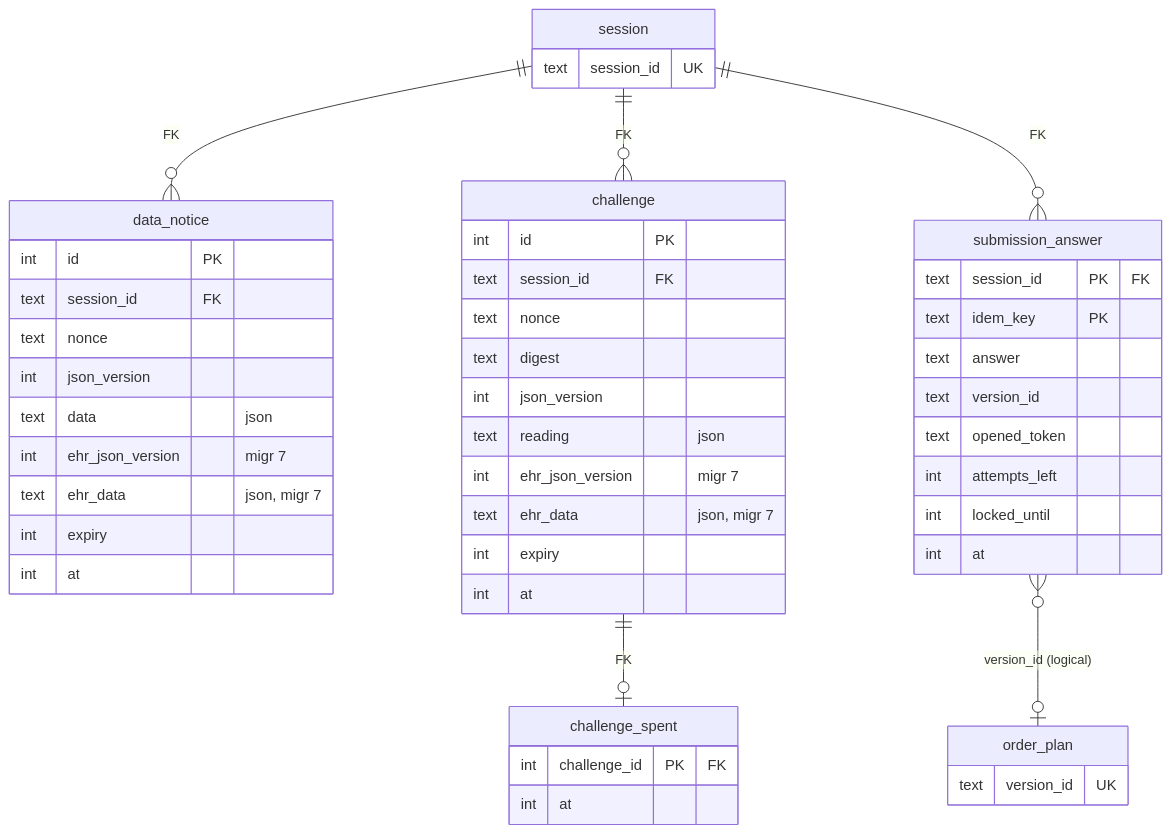
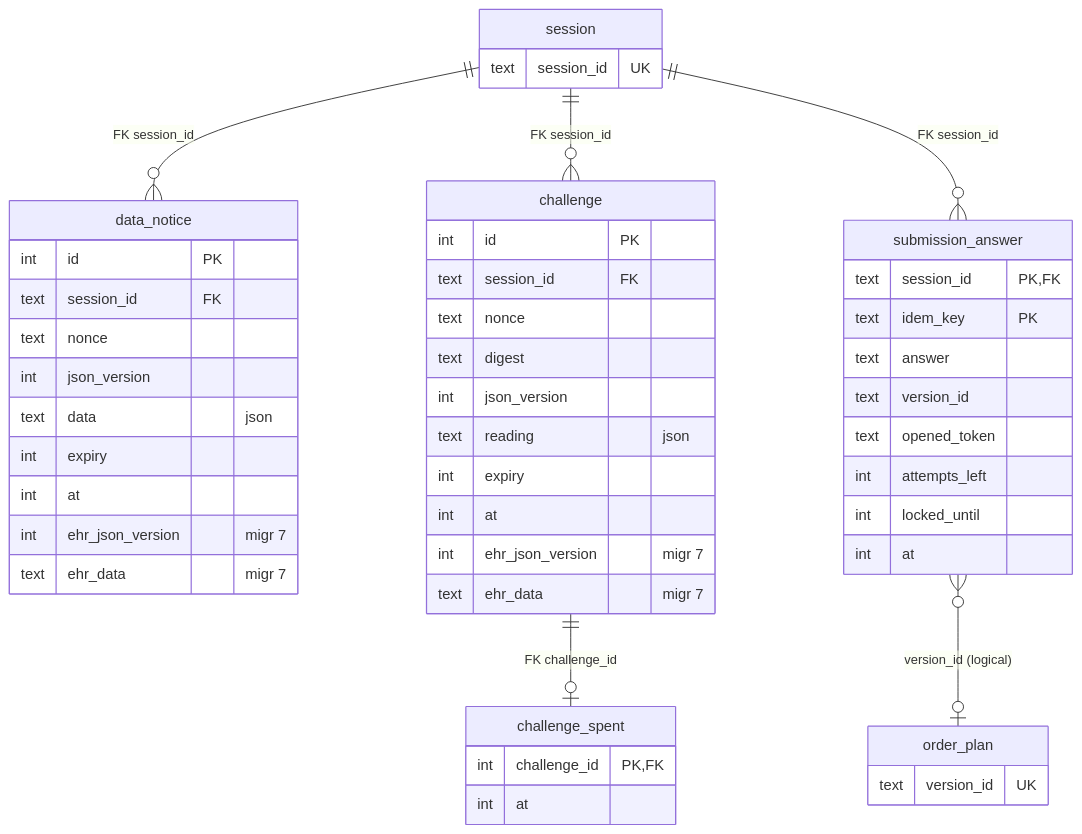
One commit to halcwb/GenPRES changed the fourth of 5 diagrams in ARCHITECTURE.md. Above: the diagram before and after it, drawn with Mermaid. The commit also changed other lines of this file and 2 other files, not shown here.

First line of the commit message:
docs: generate the schema diagrams from migrations

````diff
--- a/ARCHITECTURE.md
+++ b/ARCHITECTURE.md
@@ -207,51 +215,51 @@
 ```mermaid
 erDiagram
+    order_plan {
+        text version_id UK
+    }
     session {
         text session_id UK
     }
     data_notice {
         int id PK
         text session_id FK
         text nonce
         int json_version
         text data "json"
-        int ehr_json_version "migr 7"
-        text ehr_data "json, migr 7"
         int expiry
         int at
+        int ehr_json_version "migr 7"
+        text ehr_data "migr 7"
     }
     challenge {
         int id PK
         text session_id FK
         text nonce
         text digest
         int json_version
         text reading "json"
-        int ehr_json_version "migr 7"
-        text ehr_data "json, migr 7"
         int expiry
         int at
+        int ehr_json_version "migr 7"
+        text ehr_data "migr 7"
     }
     challenge_spent {
-        int challenge_id PK "FK"
+        int challenge_id PK, FK
         int at
     }
     submission_answer {
-        text session_id PK "FK"
+        text session_id PK, FK
         text idem_key PK
         text answer
         text version_id
         text opened_token
         int attempts_left
         int locked_until
         int at
     }
-    order_plan {
-        text version_id UK
-    }
-    session ||--o{ data_notice : "FK"
-    session ||--o{ challenge : "FK"
-    challenge ||--o| challenge_spent : "FK"
-    session ||--o{ submission_answer : "FK"
+    session ||--o{ data_notice : "FK session_id"
+    session ||--o{ challenge : "FK session_id"
+    challenge ||--o| challenge_spent : "FK challenge_id"
+    session ||--o{ submission_answer : "FK session_id"
     submission_answer }o--o| order_plan : "version_id (logical)"
 ```
````
